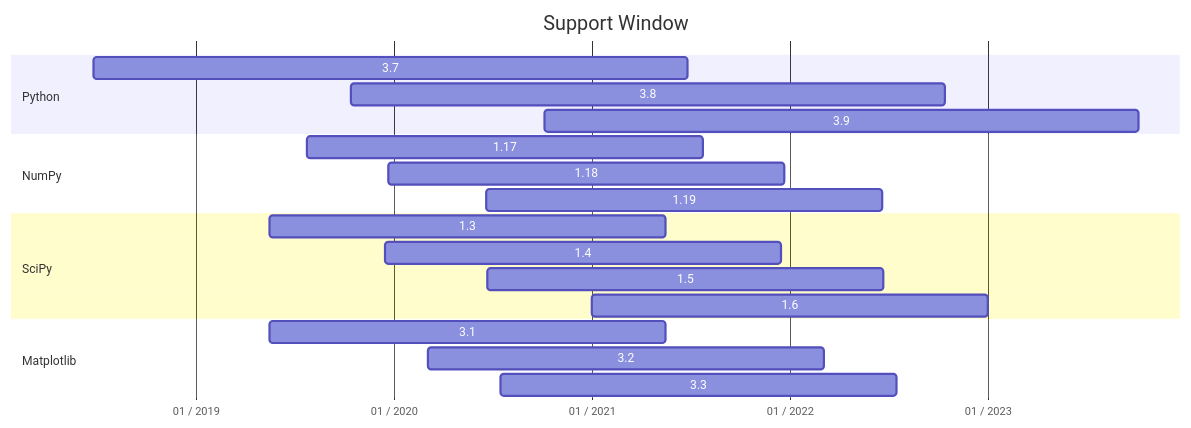
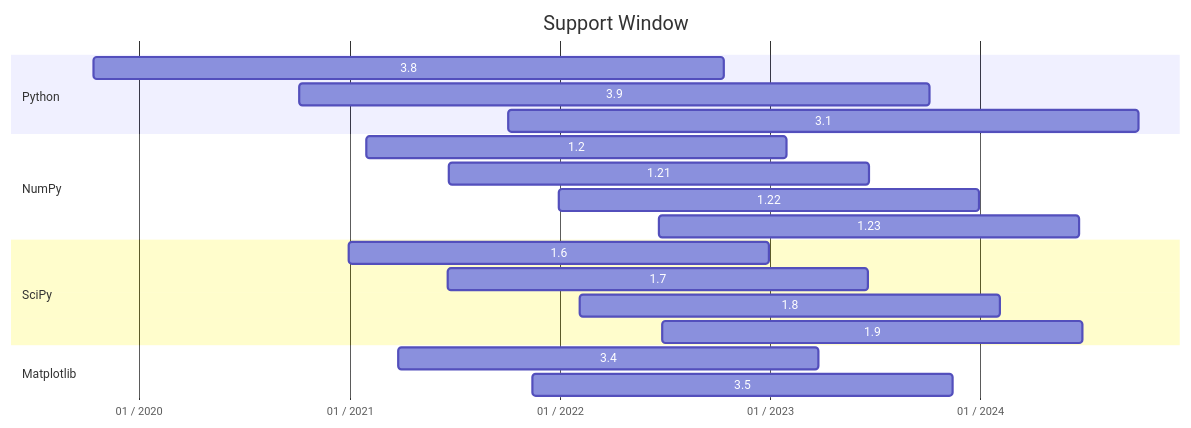
The diagram in spec-0000/index.md (scientific-python/specs), drawn with Mermaid before and after one commit. The commit also changed other lines of this file and 1 other file, not shown here.

Commit message:
Update package release dates (#145)

```diff
--- a/spec-0000/index.md
+++ b/spec-0000/index.md
@@ -26,28 +26,28 @@
 {{<mermaid>}}
 gantt
 dateFormat  YYYY-MM-DD
 axisFormat  %m / %Y
 title Support Window
 
 section Python
-3.7  :     py37, 2018-06-27,2021-06-26
 3.8  :     py38, 2019-10-14,2022-10-13
 3.9  :     py39, 2020-10-05,2023-10-05
+3.1  :     py31, 2021-10-04,2024-10-03
 
 section NumPy
-1.17  :     np117, 2019-07-26,2021-07-25
-1.18  :     np118, 2019-12-22,2021-12-21
-1.19  :     np119, 2020-06-20,2022-06-20
+1.2  :     np12, 2021-01-30,2023-01-30
+1.21  :     np121, 2021-06-22,2023-06-22
+1.22  :     np122, 2021-12-31,2023-12-31
+1.23  :     np123, 2022-06-22,2024-06-21
 
 section SciPy
-1.3  :     sp13, 2019-05-17,2021-05-16
-1.4  :     sp14, 2019-12-16,2021-12-15
-1.5  :     sp15, 2020-06-21,2022-06-21
 1.6  :     sp16, 2020-12-31,2022-12-31
+1.7  :     sp17, 2021-06-20,2023-06-20
+1.8  :     sp18, 2022-02-05,2024-02-05
+1.9  :     sp19, 2022-06-29,2024-06-28
 
 section Matplotlib
-3.1  :     mpl31, 2019-05-18,2021-05-17
-3.2  :     mpl32, 2020-03-04,2022-03-04
-3.3  :     mpl33, 2020-07-16,2022-07-16
+3.4  :     mpl34, 2021-03-26,2023-03-26
+3.5  :     mpl35, 2021-11-15,2023-11-15
 
 {{</mermaid>}}
```
